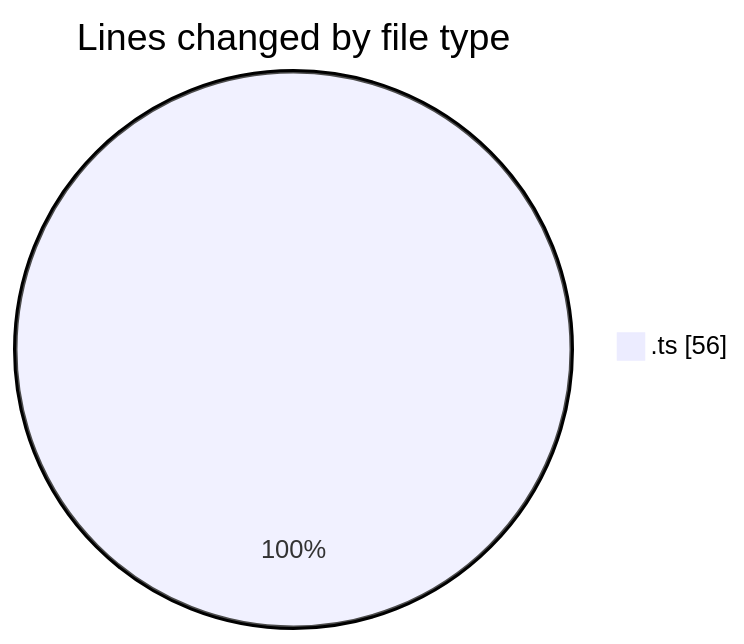
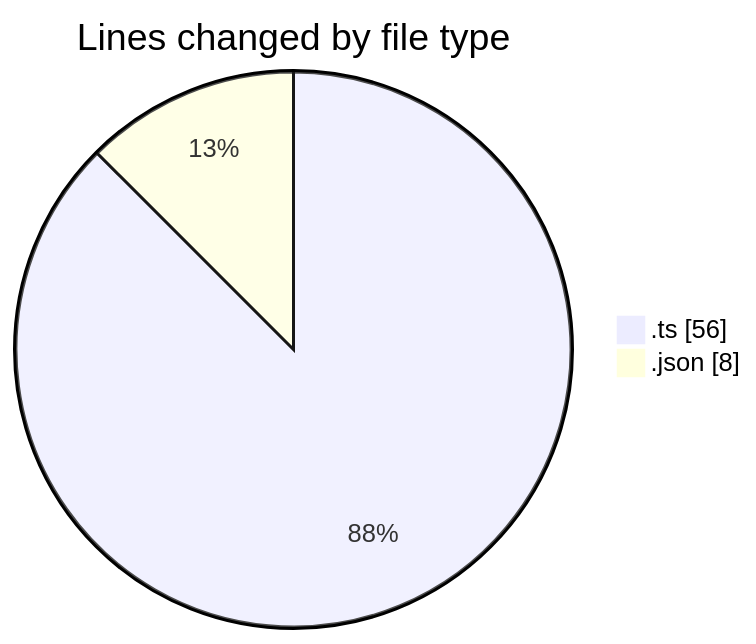
Before and after one commit to robertbonfada/code-tracking: the first of 2 diagrams in 2025-01-29/termonied-web/README.md, drawn with Mermaid. The commit also changed other lines of this file and 1 other file, not shown here.

````diff
--- a/2025-01-29/termonied-web/README.md
+++ b/2025-01-29/termonied-web/README.md
@@ -20,5 +21,6 @@
 ```mermaid
 pie showData
 title Lines changed by file type
 ".ts" : 56
+".json" : 8
 ```
````
